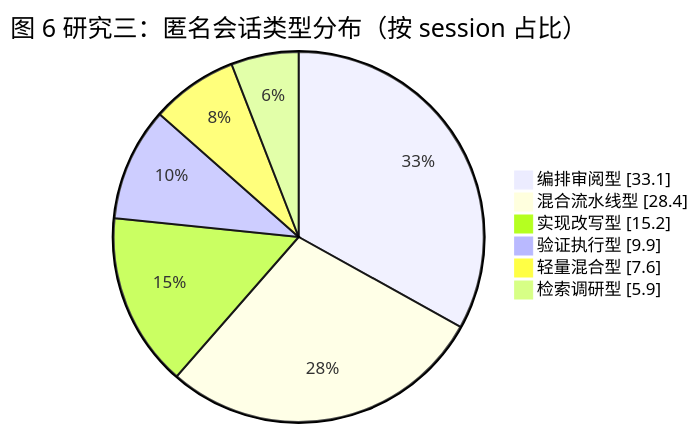
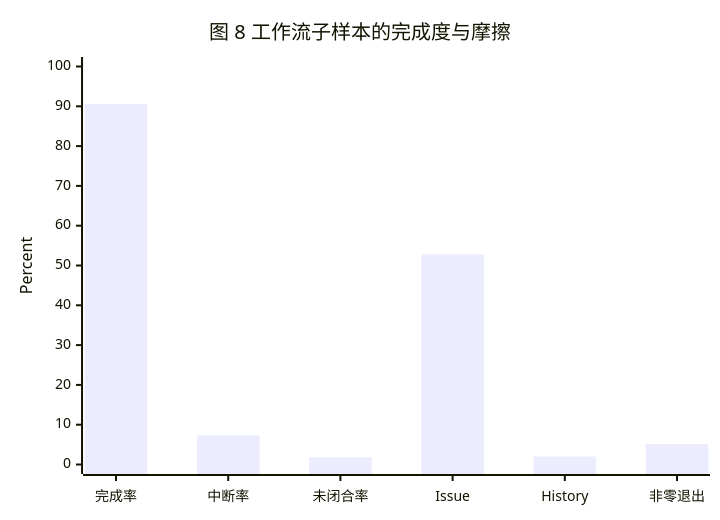
Before and after one commit to HansBug/HansBug.github.io: diagram 12 of 16 in src/content/blog/llm/from-trench-to-command-desk-ai-writing-coding-productivity.md, drawn with Mermaid. The commit also changed other lines of this file and 5 other files, not shown here.

````diff
--- a/src/content/blog/llm/from-trench-to-command-desk-ai-writing-coding-productivity.md
+++ b/src/content/blog/llm/from-trench-to-command-desk-ai-writing-coding-productivity.md
@@ -518,10 +514,9 @@
 ```mermaid
-pie showData
-    title 图 6 研究三：匿名会话类型分布（按 session 占比）
-    "编排审阅型" : 33.1
-    "混合流水线型" : 28.4
-    "实现改写型" : 15.2
-    "验证执行型" : 9.9
-    "轻量混合型" : 7.6
-    "检索调研型" : 5.9
+%% series-labels: 比例
+%% series-colors: #f2c16d
+xychart-beta
+    title "图 8 工作流子样本的完成度与摩擦"
+    x-axis ["完成率", "中断率", "未闭合率", "Issue", "History", "非零退出"]
+    y-axis "Percent" 0 --> 100
+    bar [90.6, 7.3, 1.8, 52.8, 2.0, 5.13]
 ```
````
